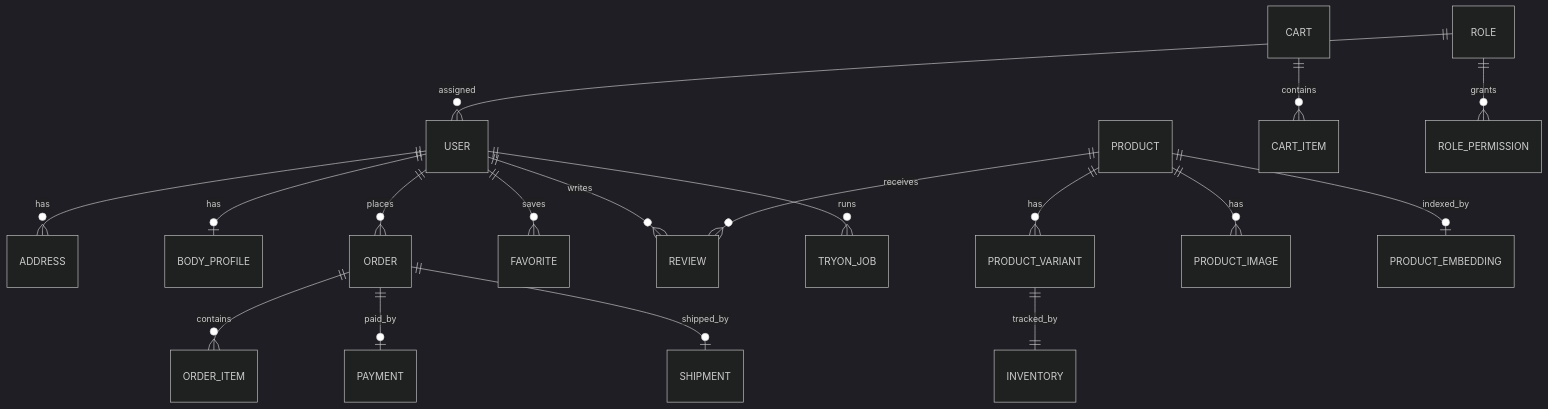
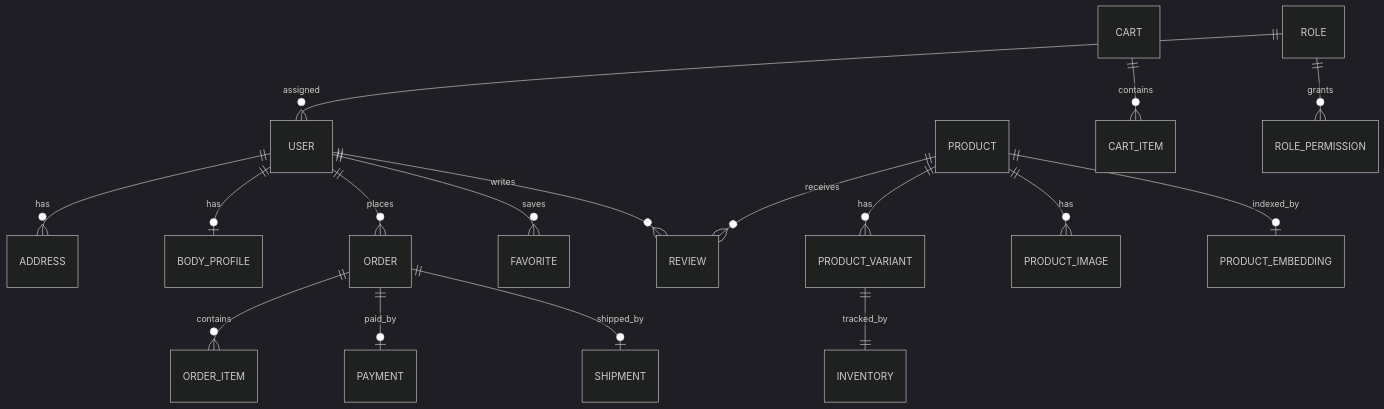
One commit to Sory777/aurelle-boutique changed the sixth of 8 diagrams in .kiro/specs/luxury-womens-boutique/design.md. Above: the diagram before and after it, drawn with Mermaid (dark theme). The commit also changed other lines of this file and 15 other files, not shown here.

````diff
--- a/.kiro/specs/luxury-womens-boutique/design.md
+++ b/.kiro/specs/luxury-womens-boutique/design.md
@@ -364,20 +366,19 @@
 ```mermaid
 erDiagram
     USER ||--o{ ADDRESS : has
     USER ||--o| BODY_PROFILE : has
     USER ||--o{ ORDER : places
     USER ||--o{ FAVORITE : saves
     USER ||--o{ REVIEW : writes
-    USER ||--o{ TRYON_JOB : runs
     PRODUCT ||--o{ PRODUCT_VARIANT : has
     PRODUCT ||--o{ PRODUCT_IMAGE : has
     PRODUCT ||--o{ REVIEW : receives
     PRODUCT_VARIANT ||--|| INVENTORY : tracked_by
     CART ||--o{ CART_ITEM : contains
     ORDER ||--o{ ORDER_ITEM : contains
     ORDER ||--o| PAYMENT : paid_by
     ORDER ||--o| SHIPMENT : shipped_by
     PRODUCT ||--o| PRODUCT_EMBEDDING : indexed_by
     ROLE ||--o{ USER : assigned
     ROLE ||--o{ ROLE_PERMISSION : grants
 ```
````
